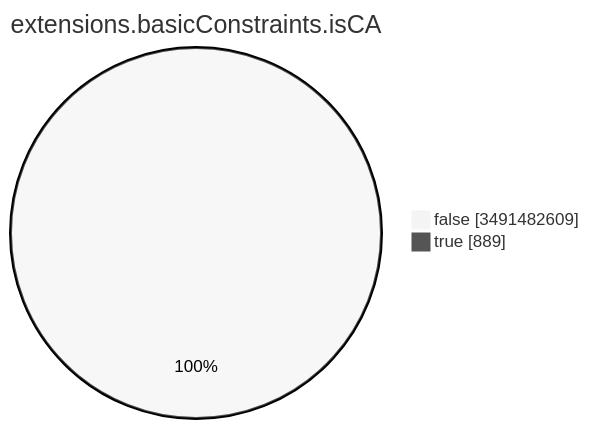
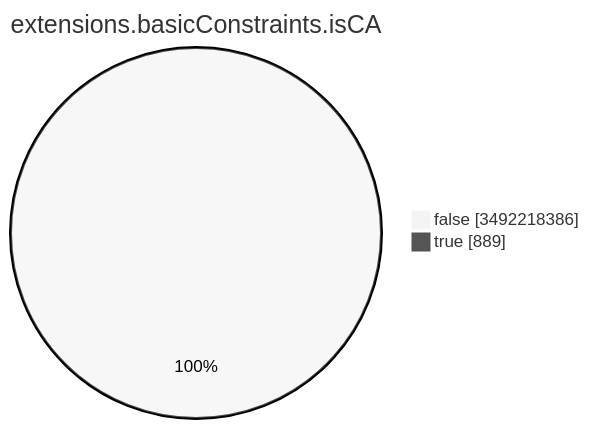
Before and after one commit to christiankrug/ctmonitor_visualization: the seventh of 15 diagrams in TOTAL/README.md, drawn with Mermaid (neutral theme). The commit also changed other lines of this file, not shown here.

````diff
--- a/TOTAL/README.md
+++ b/TOTAL/README.md
@@ -3093,6 +3093,6 @@
 ```mermaid
 pie showData
 title extensions.basicConstraints.isCA
-"false" :3491482609
+"false" :3492218386
 "true" :889
 ```
````
